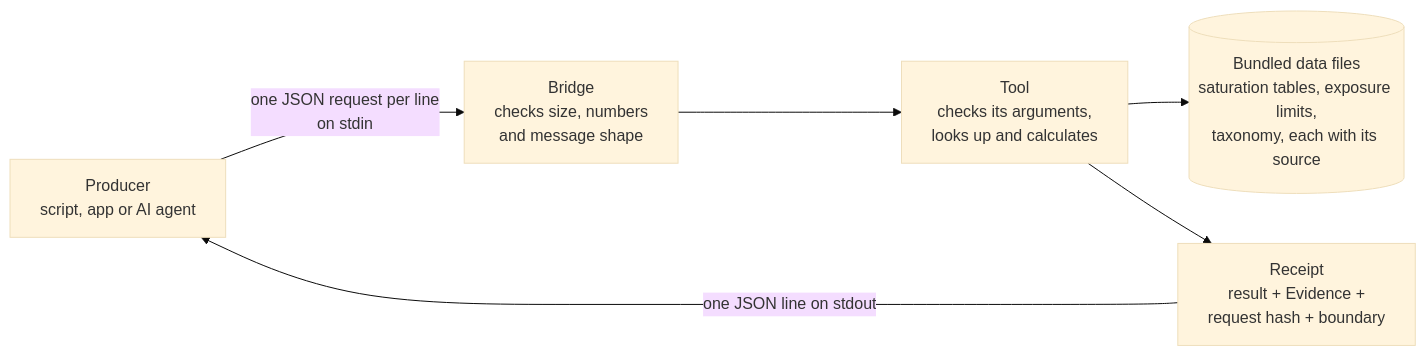
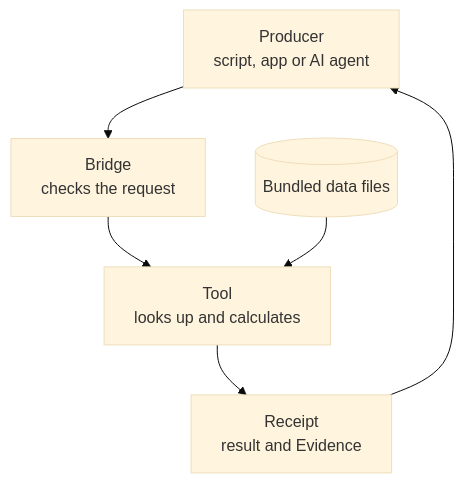
The diagram in README.md (Akilleez-QA/foundation-refrigeration), drawn with Mermaid (base theme) before and after one commit. The commit also changed other lines of this file and 1 other file, not shown here.

Commit message:
docs: draw the README diagram top-down so it stays legible
The left-to-right flowchart with long edge labels was scaled to the
article width on github.com and rendered about 180 px tall with tiny,
partly clipped text. Draw it top-down with short node labels and move
the edge detail into the paragraph under the diagram. Examples and the
rest of the text are unchanged. Rebuild SOURCE-MANIFEST.json.

````diff
--- a/README.md
+++ b/README.md
@@ -25,8 +25,8 @@
 ```mermaid
-flowchart LR
-    P["Producer<br/>script, app or AI agent"] -- "one JSON request per line<br/>on stdin" --> B["Bridge<br/>checks size, numbers<br/>and message shape"]
-    B --> T["Tool<br/>checks its arguments,<br/>looks up and calculates"]
-    T --> D[("Bundled data files<br/>saturation tables, exposure limits,<br/>taxonomy, each with its source")]
-    T --> R["Receipt<br/>result + Evidence +<br/>request hash + boundary"]
-    R -- "one JSON line on stdout" --> P
+flowchart TD
+    P["Producer<br/>script, app or AI agent"] --> B["Bridge<br/>checks the request"]
+    B --> T["Tool<br/>looks up and calculates"]
+    D[("Bundled data files")] --> T
+    T --> R["Receipt<br/>result and Evidence"]
+    R --> P
 ```
````
